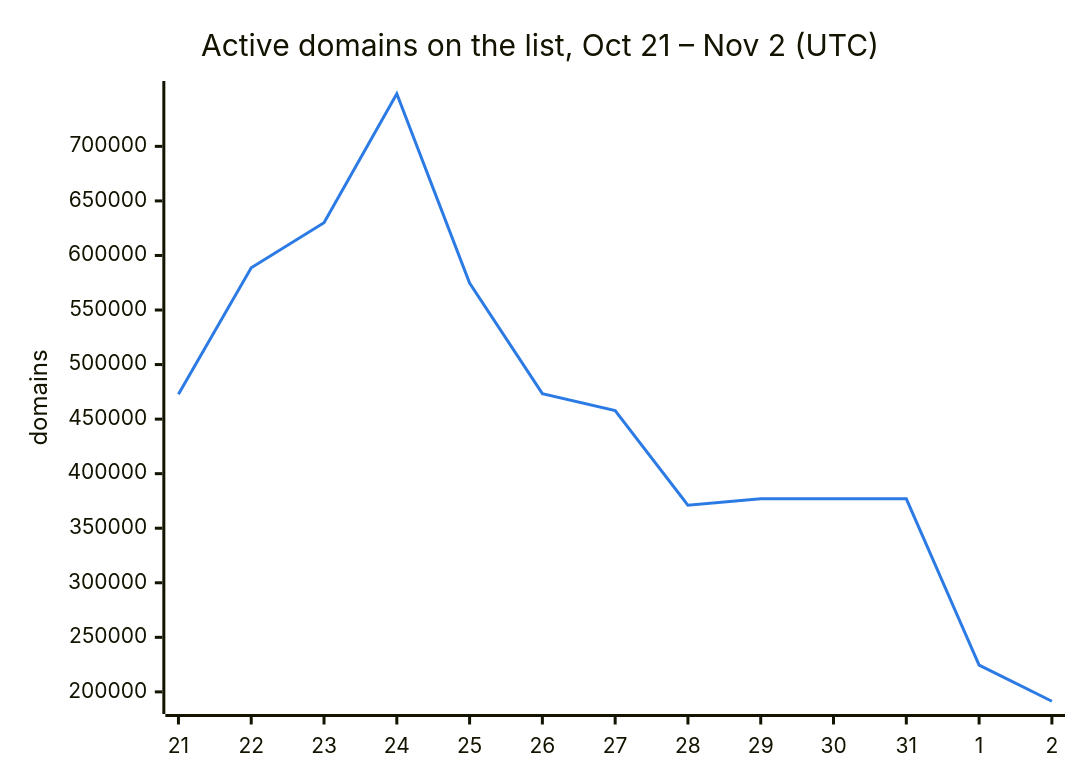
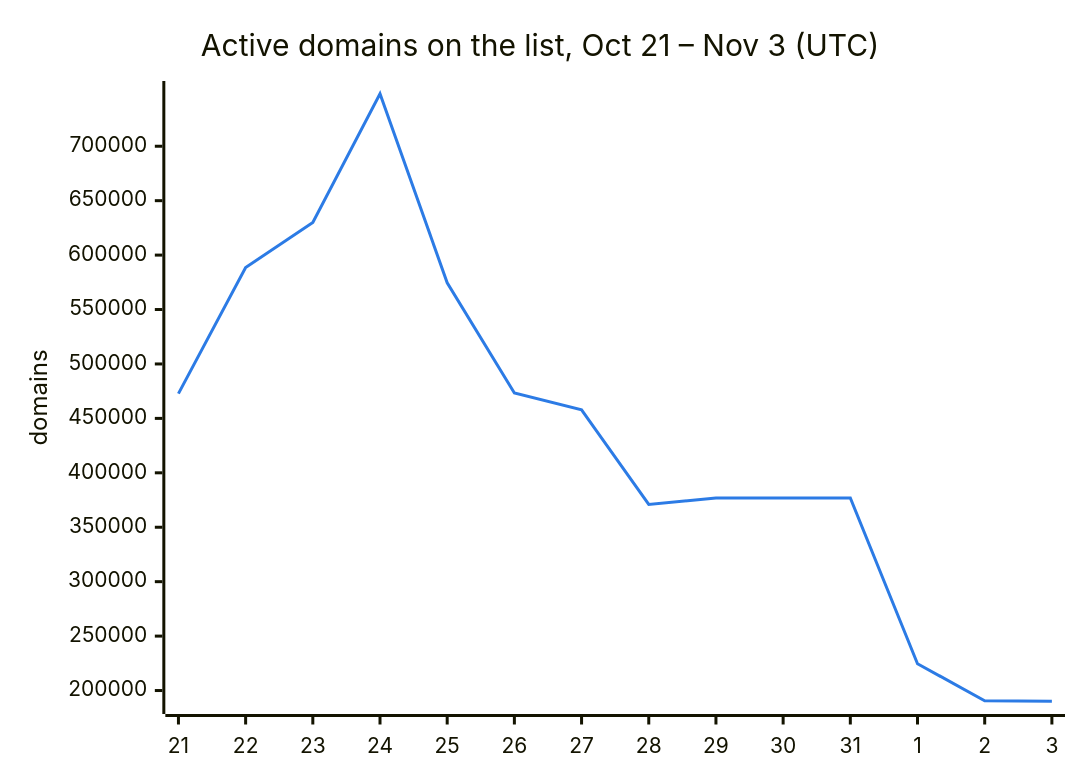
The second of 3 diagrams in README.md (DNSBunker/CTI), drawn with Mermaid before and after one commit. The commit also changed other lines of this file and 3 other files, not shown here.

First line of the commit message:
Update 2026-11-03 00:05 UTC: 190156 domains

````diff
--- a/README.md
+++ b/README.md
@@ -38,8 +38,8 @@
 ```mermaid
 %%{init: {"themeVariables": {"xyChart": {"plotColorPalette": "#2c7be5"}}}}%%
 xychart-beta
-    title "Active domains on the list, Oct 21 – Nov 2 (UTC)"
-    x-axis ["21", "22", "23", "24", "25", "26", "27", "28", "29", "30", "31", "1", "2"]
+    title "Active domains on the list, Oct 21 – Nov 3 (UTC)"
+    x-axis ["21", "22", "23", "24", "25", "26", "27", "28", "29", "30", "31", "1", "2", "3"]
     y-axis "domains"
-    line [472713, 588659, 629951, 748222, 574614, 473331, 457795, 371010, 376945, 376945, 376945, 224607, 191410]
+    line [472713, 588659, 629951, 748222, 574614, 473331, 457795, 371010, 376945, 376945, 376945, 224607, 190603, 190156]
 ```
````
